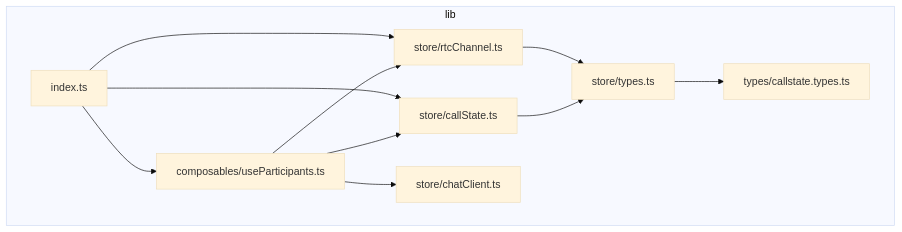
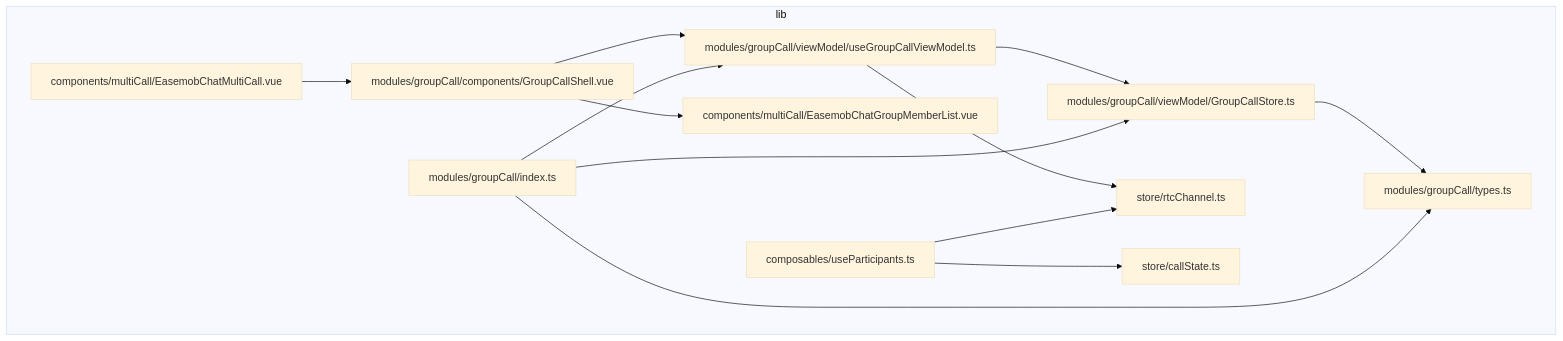
Before and after one commit to Easemob-Community/easemob-uikit-callkit-vue3: the first of 7 diagrams in .qoder/repowiki/zh/content/核心组件/群组通话组件/群组成员管理.md, drawn with Mermaid (base theme). The commit also changed other lines of this file and 54 other files, not shown here.

````diff
--- a/.qoder/repowiki/zh/content/核心组件/群组通话组件/群组成员管理.md
+++ b/.qoder/repowiki/zh/content/核心组件/群组通话组件/群组成员管理.md
@@ -43,21 +59,26 @@
 ```mermaid
 graph TB
 subgraph "lib"
-A["composables/useParticipants.ts"]
-B["store/callState.ts"]
-C["store/rtcChannel.ts"]
-D["store/types.ts"]
-E["types/callstate.types.ts"]
-F["store/chatClient.ts"]
-G["index.ts"]
+A["modules/groupCall/viewModel/GroupCallStore.ts"]
+B["modules/groupCall/viewModel/useGroupCallViewModel.ts"]
+C["modules/groupCall/types.ts"]
+D["modules/groupCall/components/GroupCallShell.vue"]
+E["modules/groupCall/index.ts"]
+F["composables/useParticipants.ts"]
+G["store/callState.ts"]
+H["store/rtcChannel.ts"]
+I["components/multiCall/EasemobChatGroupMemberList.vue"]
+J["components/multiCall/EasemobChatMultiCall.vue"]
 end
-A --> B
 A --> C
-A --> F
-B --> D
-C --> D
-D --> E
-G --> A
-G --> B
-G --> C
+B --> A
+B --> H
+D --> B
+D --> I
+E --> A
+E --> B
+E --> C
+F --> G
+F --> H
+J --> D
 ```
````
